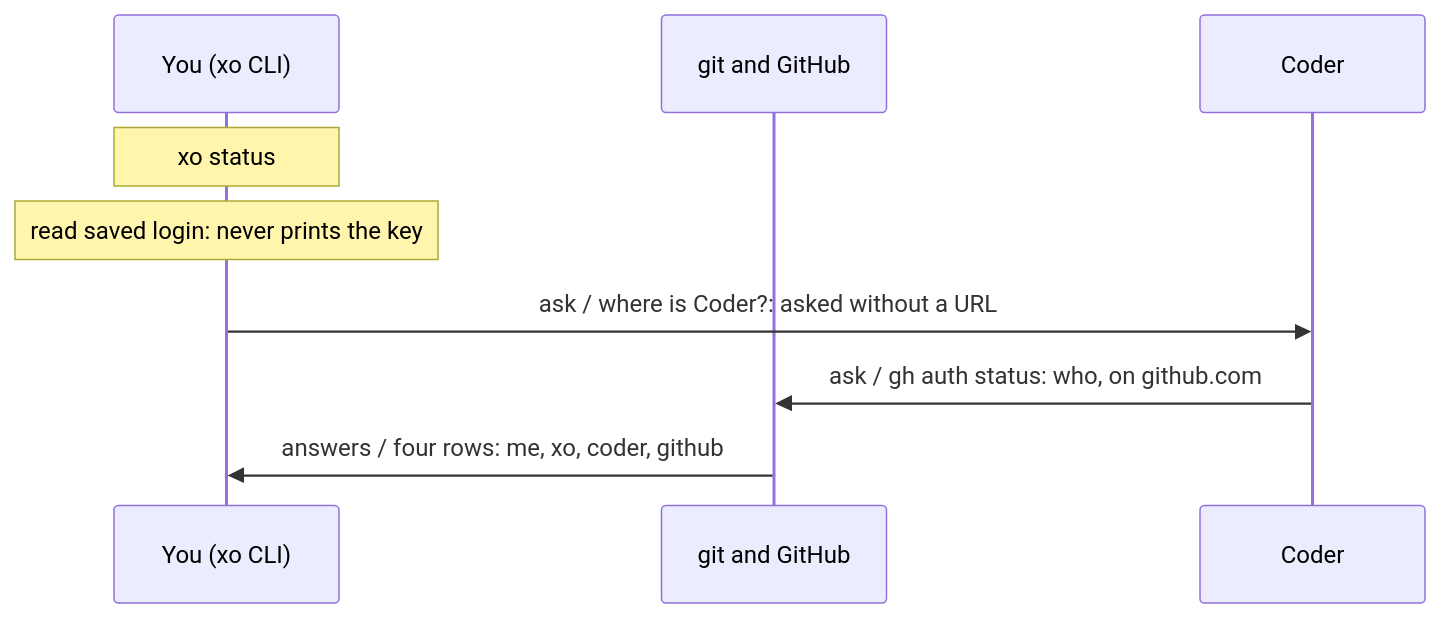
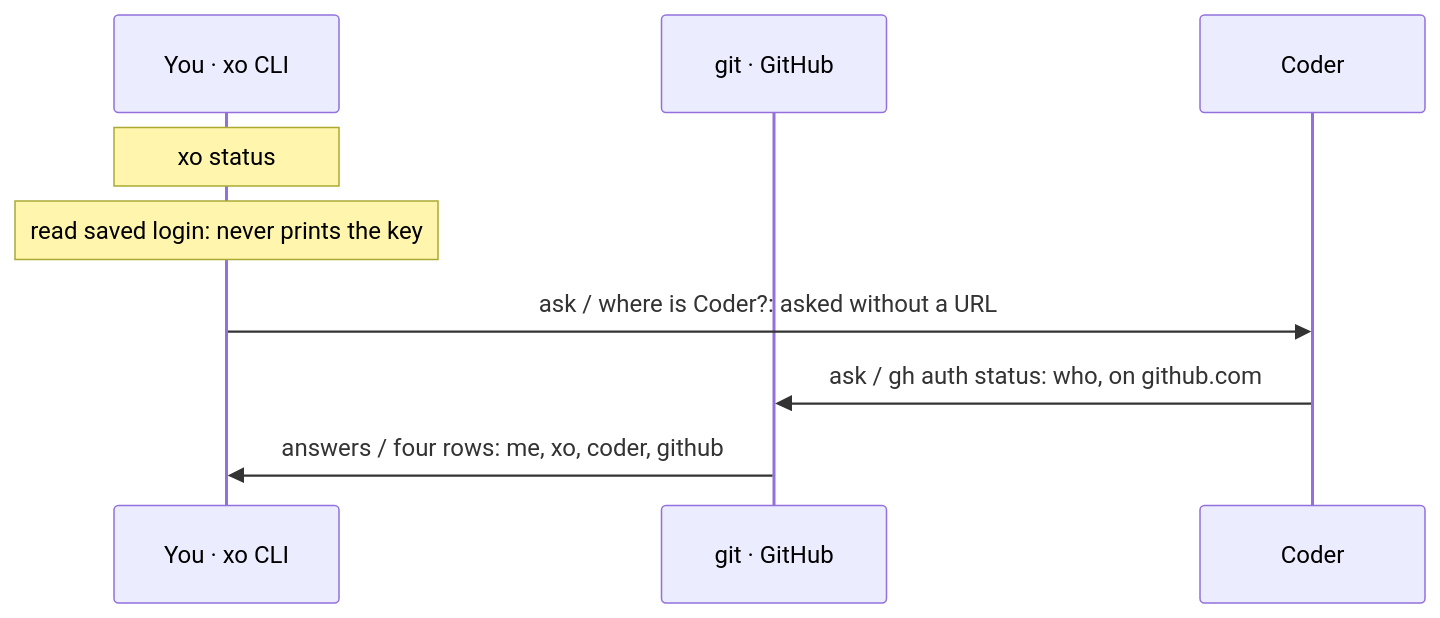
Before and after one commit to quirq-ai/xo: the fifth of 30 diagrams in docs/architecture.md, drawn with Mermaid. The commit also changed other lines of this file and 13 other files, not shown here.

````diff
--- a/docs/architecture.md
+++ b/docs/architecture.md
@@ -142,11 +142,11 @@
 ```mermaid
 sequenceDiagram
-  participant CLI as You (xo CLI)
-  participant Git as git and GitHub
+  participant Cli as You · xo CLI
+  participant Git as git · GitHub
   participant Coder as Coder
-  Note over CLI: xo status
-  Note over CLI: read saved login: never prints the key
-  CLI->>Coder: ask / where is Coder?: asked without a URL
+  Note over Cli: xo status
+  Note over Cli: read saved login: never prints the key
+  Cli->>Coder: ask / where is Coder?: asked without a URL
   Coder->>Git: ask / gh auth status: who, on github.com
-  Git->>CLI: answers / four rows: me, xo, coder, github
+  Git->>Cli: answers / four rows: me, xo, coder, github
 ```
````
